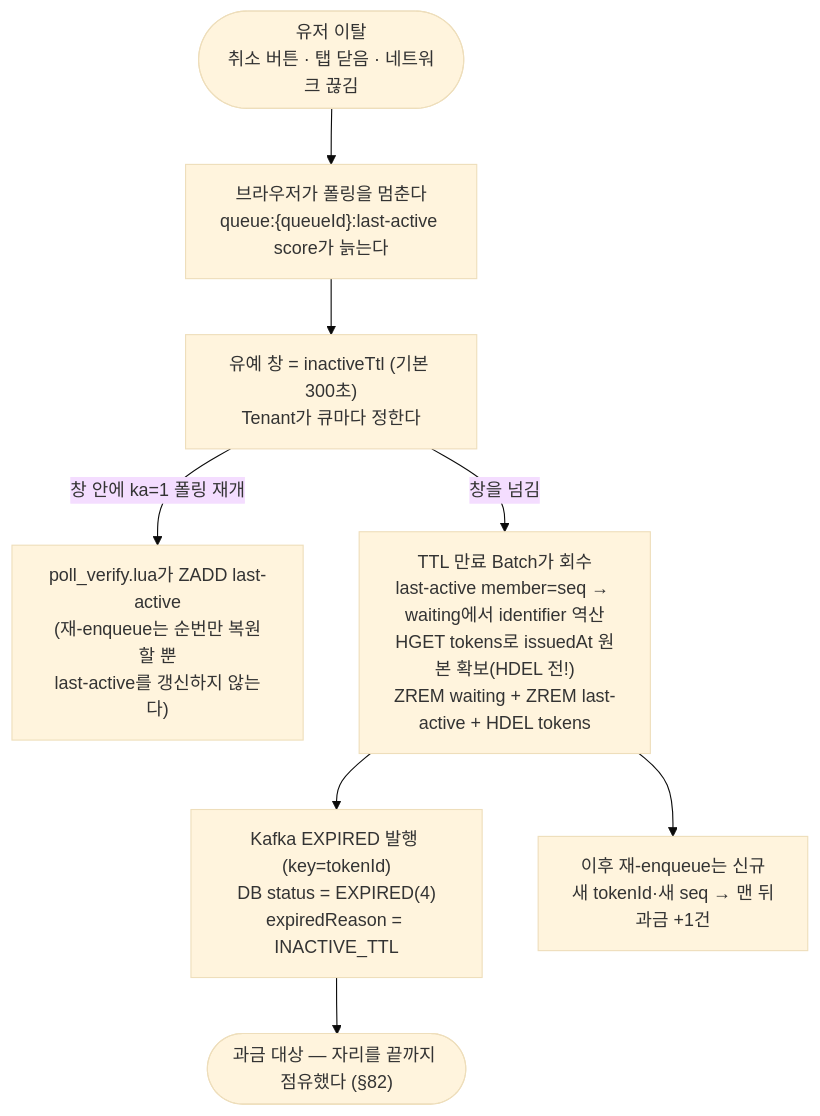
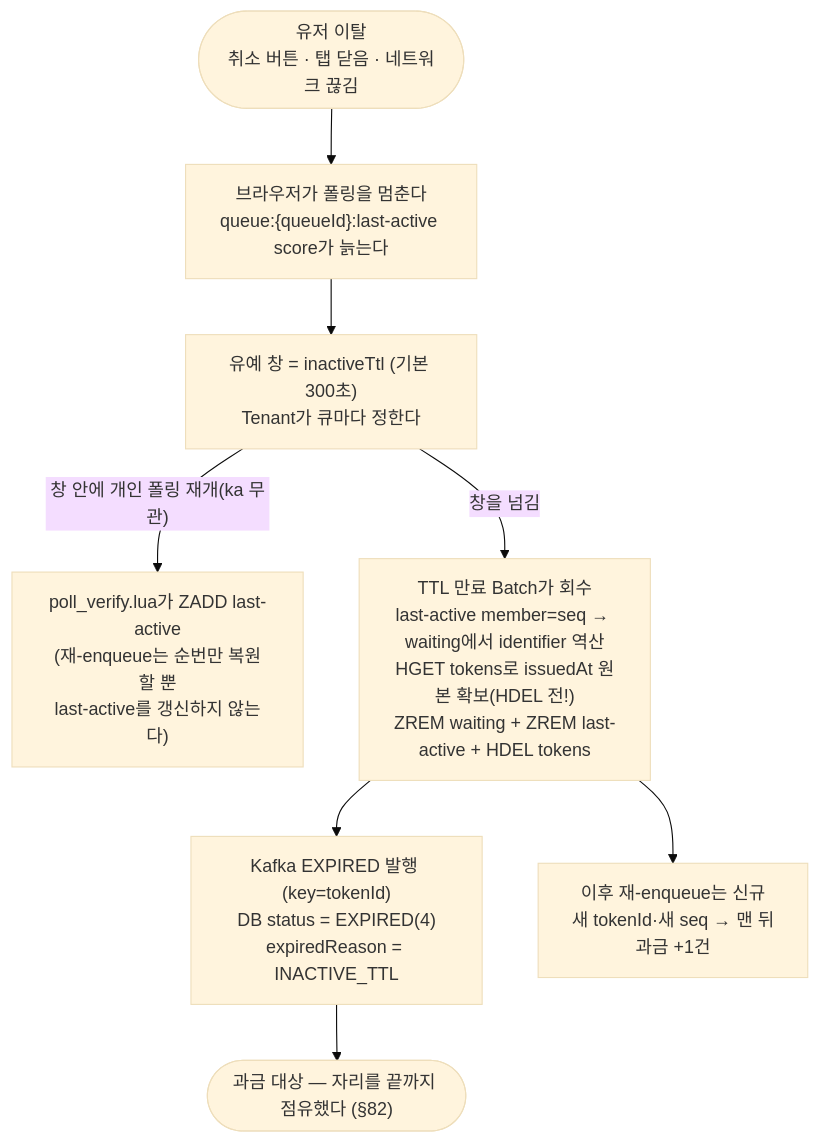
Before and after one commit to S-Onix/queue-platform: the fifth of 11 diagrams in doc/FLOW.md, drawn with Mermaid (base theme). The commit also changed other lines of this file and 9 other files, not shown here.

````diff
--- a/doc/FLOW.md
+++ b/doc/FLOW.md
@@ -214,13 +214,13 @@
 ```mermaid
 flowchart TD
     U(["유저 이탈\n취소 버튼 · 탭 닫음 · 네트워크 끊김"])
     --> STOP["브라우저가 폴링을 멈춘다\nqueue:{queueId}:last-active score가 늙는다"]
     --> WAIT["유예 창 = inactiveTtl (기본 300초)\nTenant가 큐마다 정한다"]
 
-    WAIT -->|"창 안에 ka=1 폴링 재개"| BACK["poll_verify.lua가 ZADD last-active\n(재-enqueue는 순번만 복원할 뿐\nlast-active를 갱신하지 않는다)"]
+    WAIT -->|"창 안에 개인 폴링 재개(ka 무관)"| BACK["poll_verify.lua가 ZADD last-active\n(재-enqueue는 순번만 복원할 뿐\nlast-active를 갱신하지 않는다)"]
     WAIT -->|"창을 넘김"| JOB["TTL 만료 Batch가 회수\nlast-active member=seq → waiting에서 identifier 역산\nHGET tokens로 issuedAt 원본 확보(HDEL 전!)\nZREM waiting + ZREM last-active + HDEL tokens"]
 
     JOB --> EXP["Kafka EXPIRED 발행 (key=tokenId)\nDB status = EXPIRED(4)\nexpiredReason = INACTIVE_TTL"]
     EXP --> BILL(["과금 대상 — 자리를 끝까지 점유했다 (§82)"])
     JOB --> NEW["이후 재-enqueue는 신규\n새 tokenId·새 seq → 맨 뒤\n과금 +1건"]
 ```
````
